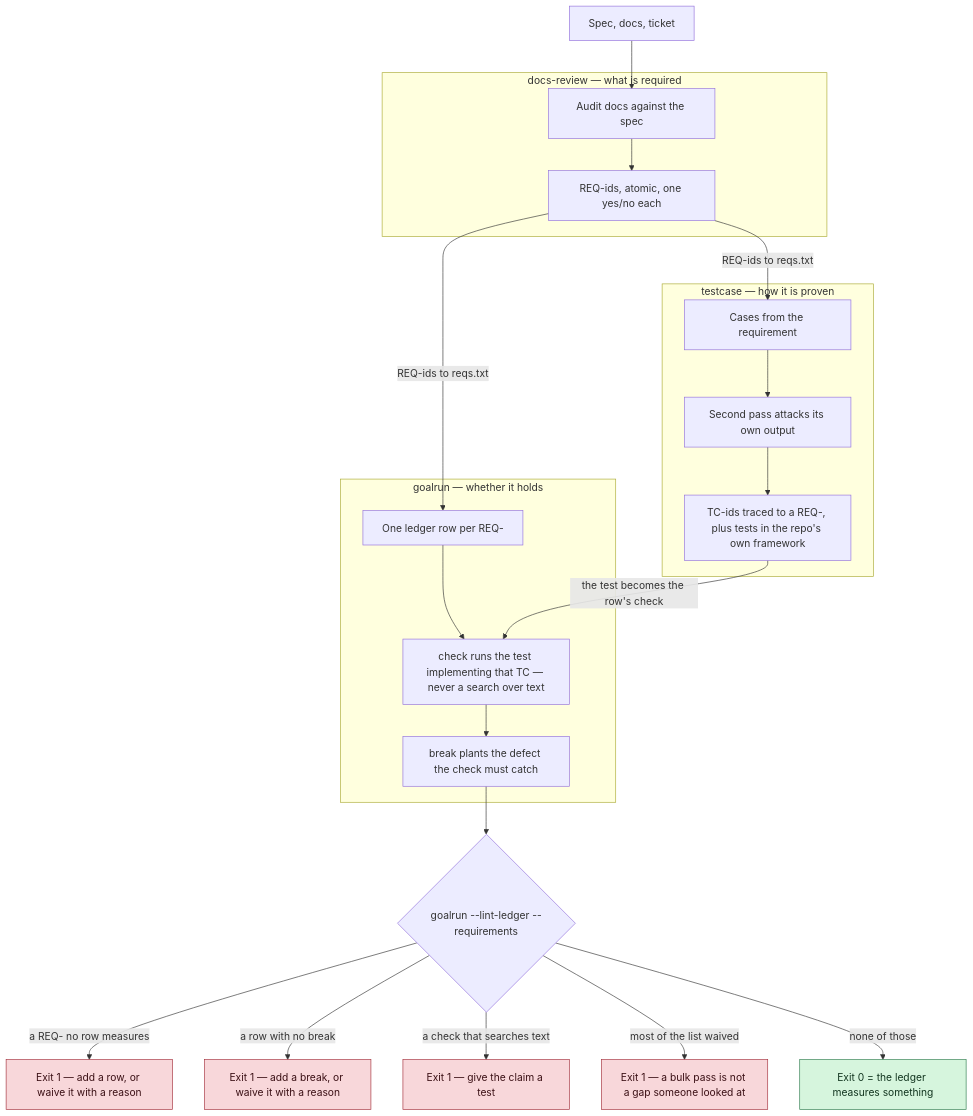
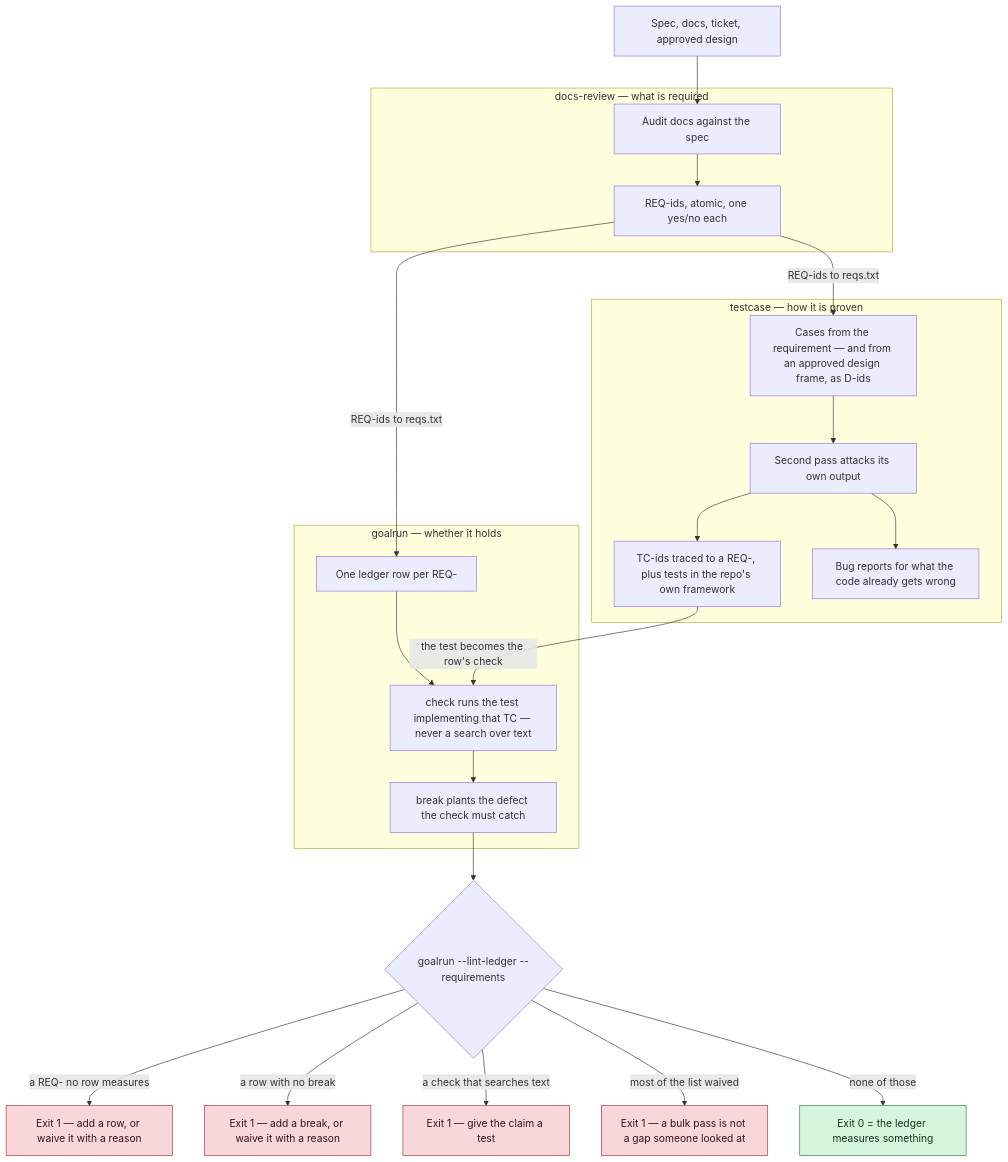
Before and after one commit to xtieume/testcase: the first of 4 diagrams in docs/how-it-works.md, drawn with Mermaid. The commit also changed other lines of this file and 3 other files, not shown here.

````diff
--- a/docs/how-it-works.md
+++ b/docs/how-it-works.md
@@ -13,44 +13,46 @@
 ```mermaid
 flowchart TD
-    SPEC["Spec, docs, ticket"]
+    SPEC["Spec, docs, ticket, approved design"]
 
     subgraph DR["docs-review — what is required"]
         DR1["Audit docs against the spec"]
         DR2["REQ-ids, atomic, one yes/no each"]
         DR1 --> DR2
     end
 
     subgraph TC["testcase — how it is proven"]
-        TC1["Cases from the requirement"]
+        TC1["Cases from the requirement — and from an approved design frame, as D-ids"]
         TC2["Second pass attacks its own output"]
         TC3["TC-ids traced to a REQ-, plus tests in the repo's own framework"]
+        TC4["Bug reports for what the code already gets wrong"]
         TC1 --> TC2 --> TC3
+        TC2 --> TC4
     end
 
     subgraph GR["goalrun — whether it holds"]
         GR1["One ledger row per REQ-"]
         GR2["check runs the test implementing that TC — never a search over text"]
         GR3["break plants the defect the check must catch"]
         GR1 --> GR2 --> GR3
     end
 
     GATE{"goalrun --lint-ledger --requirements"}
     OUT["Exit 0 = the ledger measures something"]
 
     SPEC --> DR1
     DR2 -->|"REQ-ids to reqs.txt"| TC1
     DR2 -->|"REQ-ids to reqs.txt"| GR1
     TC3 -->|"the test becomes the row's check"| GR2
     GR3 --> GATE
     GATE -->|"a REQ- no row measures"| FAIL1["Exit 1 — add a row, or waive it with a reason"]
     GATE -->|"a row with no break"| FAIL2["Exit 1 — add a break, or waive it with a reason"]
     GATE -->|"a check that searches text"| FAIL3["Exit 1 — give the claim a test"]
     GATE -->|"most of the list waived"| FAIL4["Exit 1 — a bulk pass is not a gap someone looked at"]
     GATE -->|"none of those"| OUT
 
     style OUT fill:#d6f5dd,stroke:#2f7d4f,color:#12351f
     style FAIL1 fill:#f8d7da,stroke:#a3303b,color:#3b1015
     style FAIL2 fill:#f8d7da,stroke:#a3303b,color:#3b1015
     style FAIL3 fill:#f8d7da,stroke:#a3303b,color:#3b1015
     style FAIL4 fill:#f8d7da,stroke:#a3303b,color:#3b1015
 ```
````
